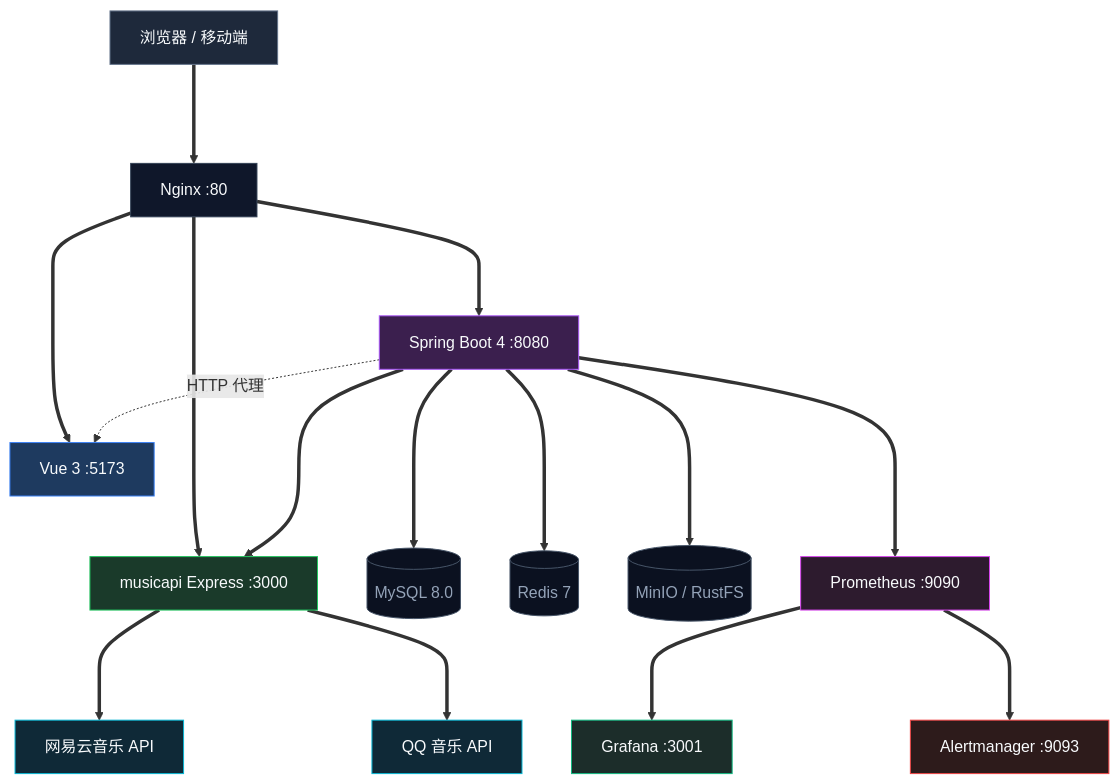
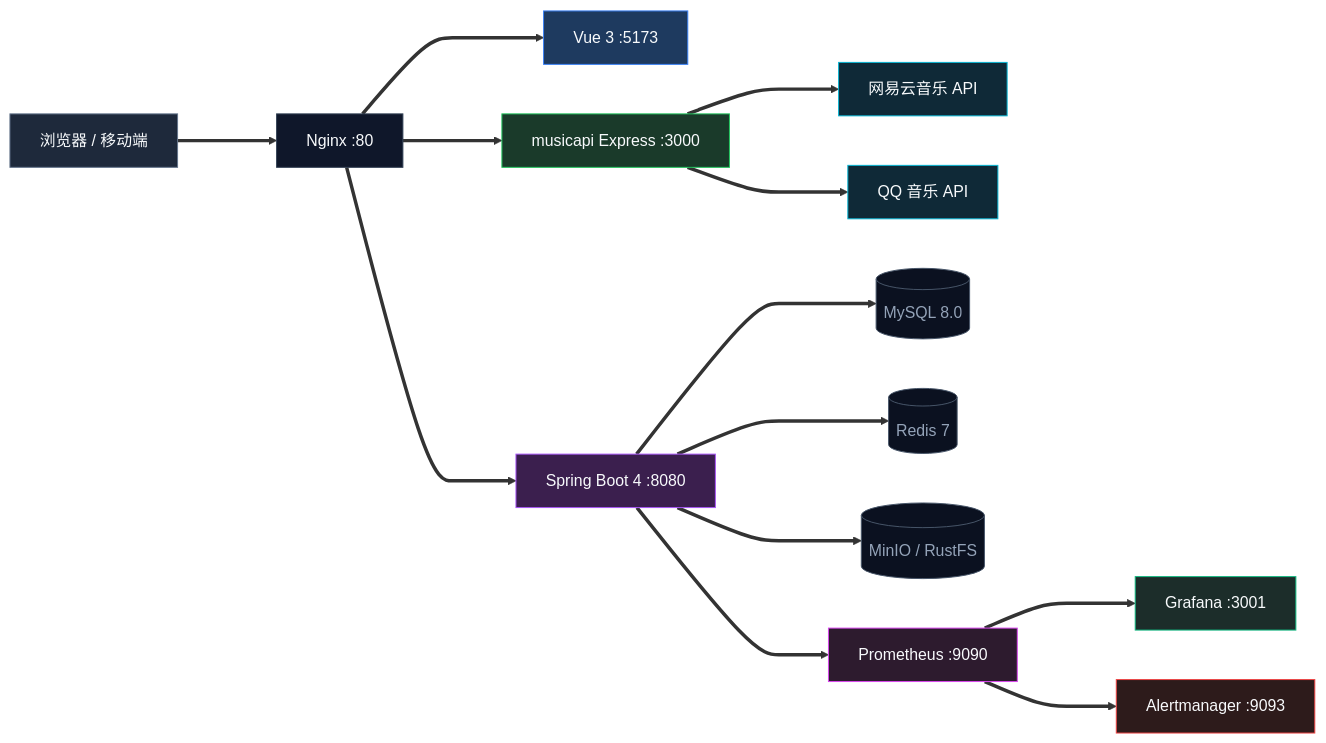
One commit to chunren1/vibeMusic changed the first of 4 diagrams in README.md. Above: the diagram before and after it, drawn with Mermaid.

Commit message:
架构图改为LR布局, 所有线水平笔直

````diff
--- a/README.md
+++ b/README.md
@@ -88,49 +88,43 @@
 ```mermaid
-graph TB
+graph LR
     U[浏览器 / 移动端]
     NG[Nginx :80]
-
     V[Vue 3 :5173]
     SB[Spring Boot 4 :8080]
     BFF[musicapi Express :3000]
-
     NE[网易云音乐 API]
     QQ[QQ 音乐 API]
-
     M[(MySQL 8.0)]
     R[(Redis 7)]
     ST[(MinIO / RustFS)]
-
     P[Prometheus :9090]
     G[Grafana :3001]
     A[Alertmanager :9093]
 
     U ===> NG
     NG ===> V
     NG ===> SB
     NG ===> BFF
-    SB -.->|HTTP 代理| V
-    SB ===> BFF
-    BFF ===> NE
-    BFF ===> QQ
     SB ===> M
     SB ===> R
     SB ===> ST
     SB ===> P
     P ===> G
     P ===> A
+    BFF ===> NE
+    BFF ===> QQ
 
     style U fill:#1e293b,stroke:#64748b,color:#f8fafc
     style NG fill:#0f172a,stroke:#334155,color:#f8fafc
     style V fill:#1e3a5f,stroke:#3b82f6,color:#f8fafc
     style SB fill:#3b1f4e,stroke:#a855f7,color:#f8fafc
     style BFF fill:#1a3a2a,stroke:#22c55e,color:#f8fafc
     style NE fill:#0f2937,stroke:#06b6d4,color:#f8fafc
     style QQ fill:#0f2937,stroke:#06b6d4,color:#f8fafc
     style M fill:#0b1120,stroke:#475569,color:#94a3b8
     style R fill:#0b1120,stroke:#475569,color:#94a3b8
     style ST fill:#0b1120,stroke:#475569,color:#94a3b8
     style P fill:#2d1b2e,stroke:#d946ef,color:#f8fafc
     style G fill:#1c2d2a,stroke:#10b981,color:#f8fafc
     style A fill:#2d1b1b,stroke:#ef4444,color:#f8fafc
 ```
````
